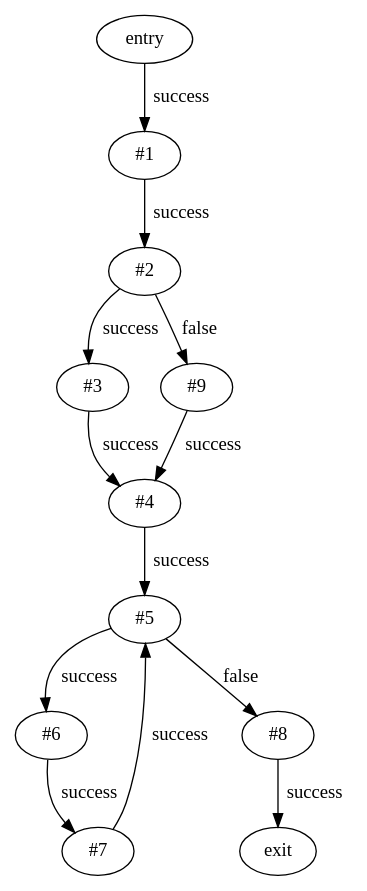
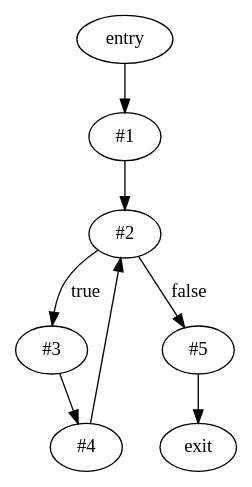
The diagram in tests-materials/output/graph.dot (Kornimate/ssa), drawn with Graphviz before and after one commit. The commit also changed 6 other files, not shown here.

```diff
--- a/tests-materials/output/graph.dot
+++ b/tests-materials/output/graph.dot
@@ -1,25 +1,16 @@
 digraph CFG {
   "entry" [label="entry"];
-  "entry" -> "#1" [label="success"];
+  "entry" -> "#1" [label=""];
   "#1" [label="#1"];
-  "#1" -> "#2" [label="success"];
+  "#1" -> "#2" [label=""];
   "#2" [label="#2"];
-  "#2" -> "#3" [label="success"];
+  "#2" -> "#3" [label="true"];
   "#3" [label="#3"];
-  "#3" -> "#4" [label="success"];
+  "#3" -> "#4" [label=""];
   "#4" [label="#4"];
-  "#4" -> "#5" [label="success"];
+  "#4" -> "#2" [label=""];
+  "#2" -> "#5" [label="false"];
   "#5" [label="#5"];
-  "#5" -> "#6" [label="success"];
-  "#6" [label="#6"];
-  "#6" -> "#7" [label="success"];
-  "#7" [label="#7"];
-  "#7" -> "#5" [label="success"];
-  "#5" -> "#8" [label="false"];
-  "#8" [label="#8"];
-  "#8" -> "exit" [label="success"];
+  "#5" -> "exit" [label=""];
   "exit" [label="exit"];
-  "#2" -> "#9" [label="false"];
-  "#9" [label="#9"];
-  "#9" -> "#4" [label="success"];
 }
```
